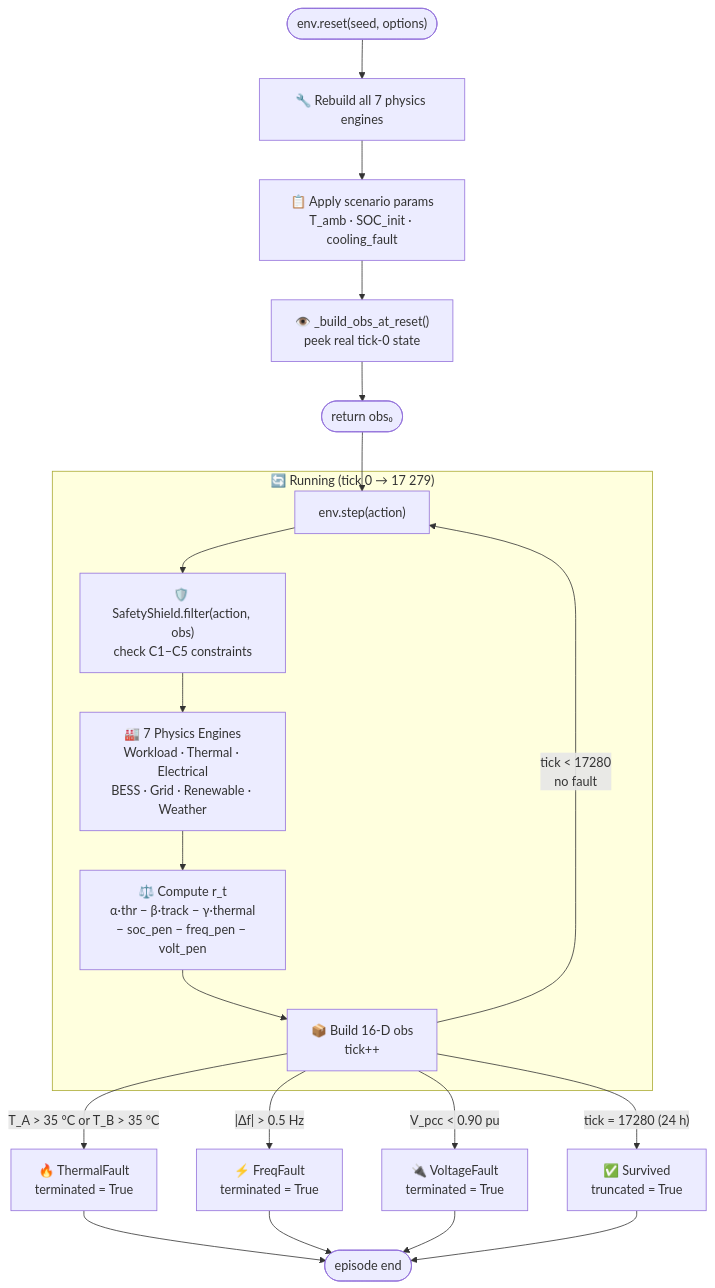
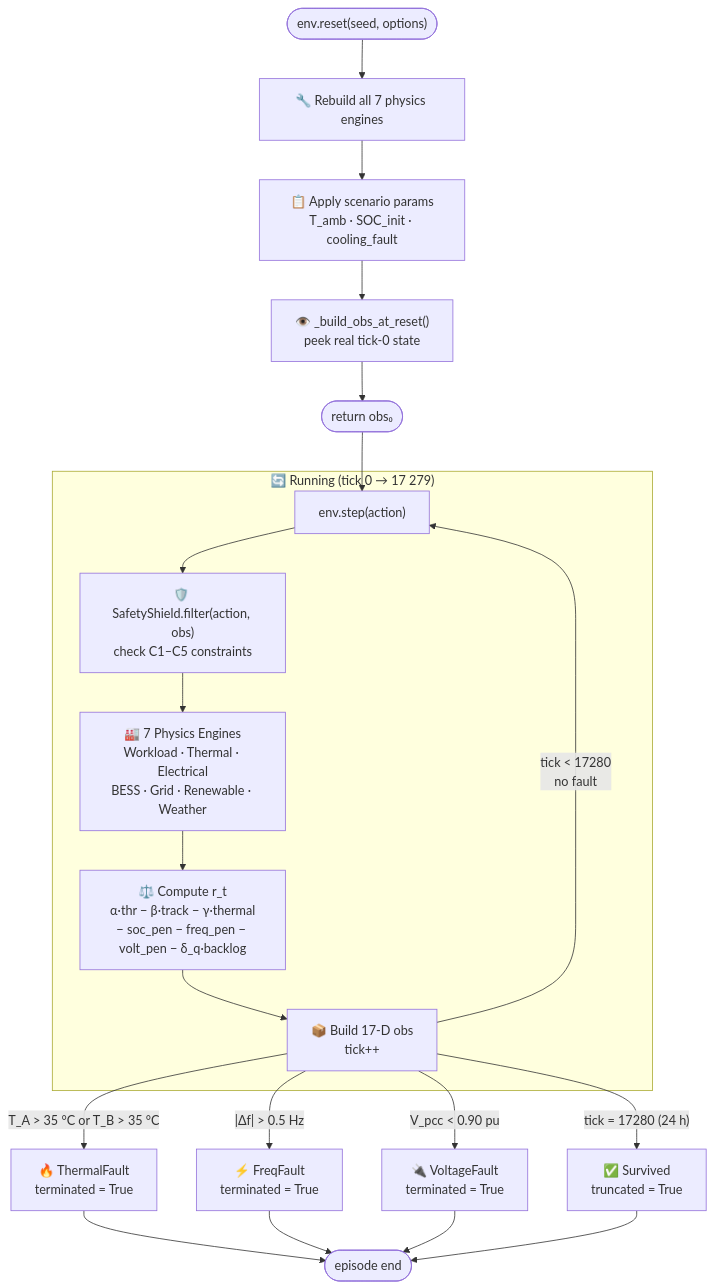
One commit to HewlettPackard/c2g-bench changed the ninth of 9 diagrams in README.md. Above: the diagram before and after it, drawn with Mermaid. The commit also changed other lines of this file, not shown here.

First line of the commit message:
docs: sync all diagrams and prose to 17-D obs / queue model

````diff
--- a/README.md
+++ b/README.md
@@ -513,42 +513,42 @@
 ```mermaid
 flowchart TD
     START(["env.reset(seed, options)"])
 
     START --> R1["🔧 Rebuild all 7 physics engines"]
     R1 --> R2["📋 Apply scenario params
 T_amb · SOC_init · cooling_fault"]
     R2 --> R3["👁️ _build_obs_at_reset()
 peek real tick-0 state"]
     R3 --> OBS0(["return obs₀"])
 
     OBS0 --> STEP
 
     subgraph LOOP["🔄 Running  (tick 0 → 17 279)"]
         STEP["env.step(action)"]
         SHIELD["🛡️ SafetyShield.filter(action, obs)
 check C1–C5 constraints"]
         SIMS["🏭 7 Physics Engines
 Workload · Thermal · Electrical
 BESS · Grid · Renewable · Weather"]
         REW["⚖️ Compute r_t
 α·thr − β·track − γ·thermal
-− soc_pen − freq_pen − volt_pen"]
-        OB["📦 Build 16-D obs
+− soc_pen − freq_pen − volt_pen − δ_q·backlog"]
+        OB["📦 Build 17-D obs
 tick++"]
 
         STEP --> SHIELD --> SIMS --> REW --> OB
         OB -->|"tick < 17280
 no fault"| STEP
     end
 
     OB -->|"T_A > 35 °C or T_B > 35 °C"| TF["🔥 ThermalFault
 terminated = True"]
     OB -->|"|Δf| > 0.5 Hz"| FF["⚡ FreqFault
 terminated = True"]
     OB -->|"V_pcc < 0.90 pu"| VF["🔌 VoltageFault
 terminated = True"]
     OB -->|"tick = 17280 (24 h)"| SV["✅ Survived
 truncated = True"]
 
     TF & FF & VF & SV --> DONE(["episode end"])
 ```
````
